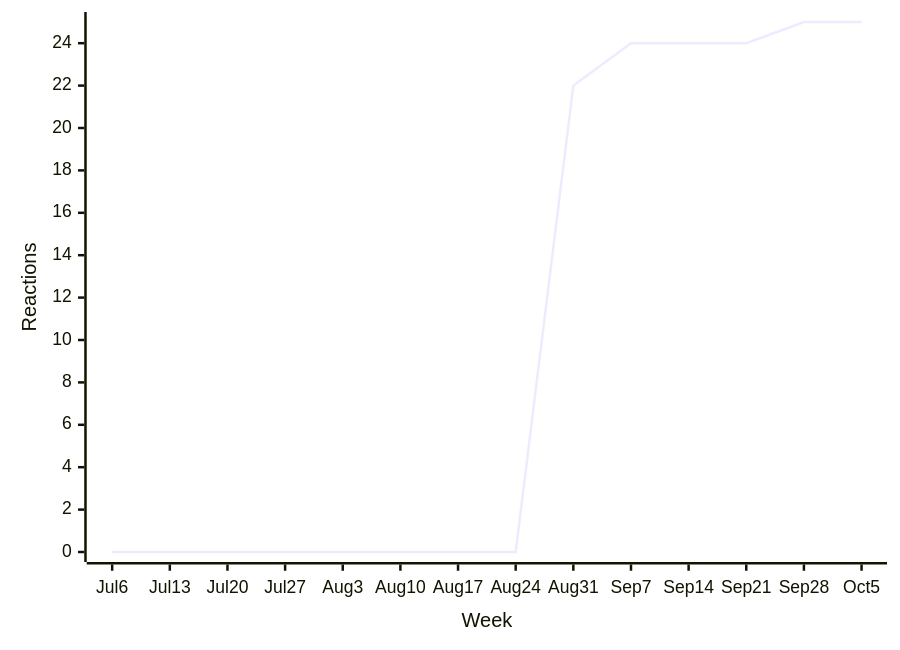
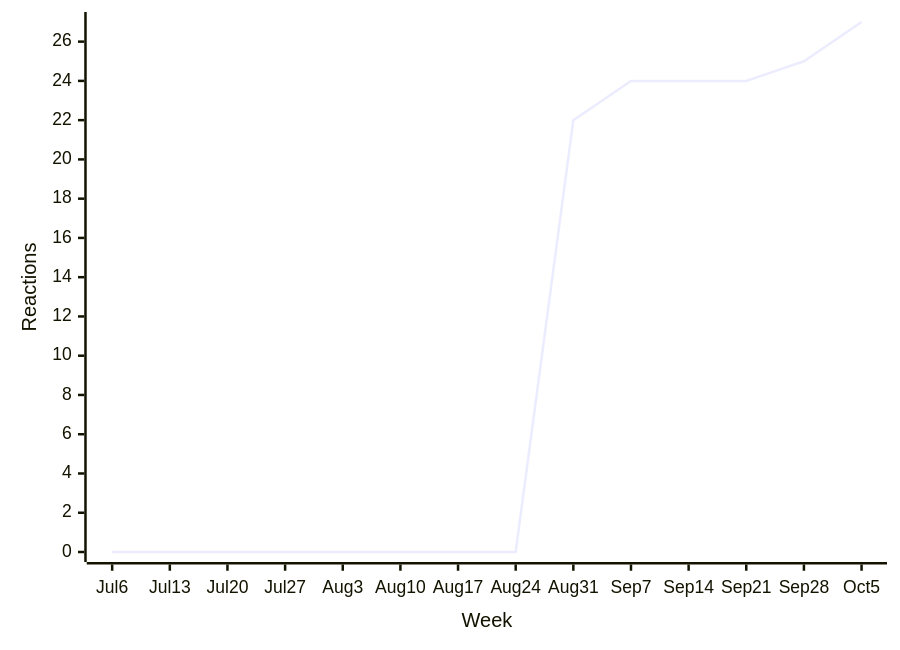
Before and after one commit to loic-sharma/github-insights: the third of 38 diagrams in README.md, drawn with Mermaid. The commit also changed other lines of this file and 3 other files, not shown here.

````diff
--- a/README.md
+++ b/README.md
@@ -358,6 +358,6 @@
   ```mermaid
   xychart-beta
     x-axis "Week" [Jul 6, Jul 13, Jul 20, Jul 27, Aug 3, Aug 10, Aug 17, Aug 24, Aug 31, Sep 7, Sep 14, Sep 21, Sep 28, Oct 5]
     y-axis "Reactions"
-    line [0, 0, 0, 0, 0, 0, 0, 0, 22, 24, 24, 24, 25, 25]
+    line [0, 0, 0, 0, 0, 0, 0, 0, 22, 24, 24, 24, 25, 27]
   ```
````
